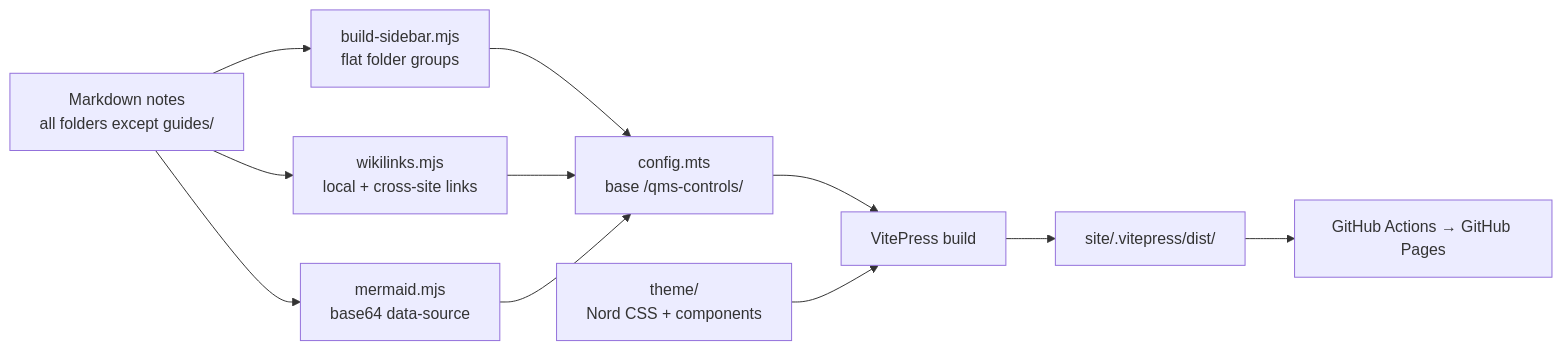
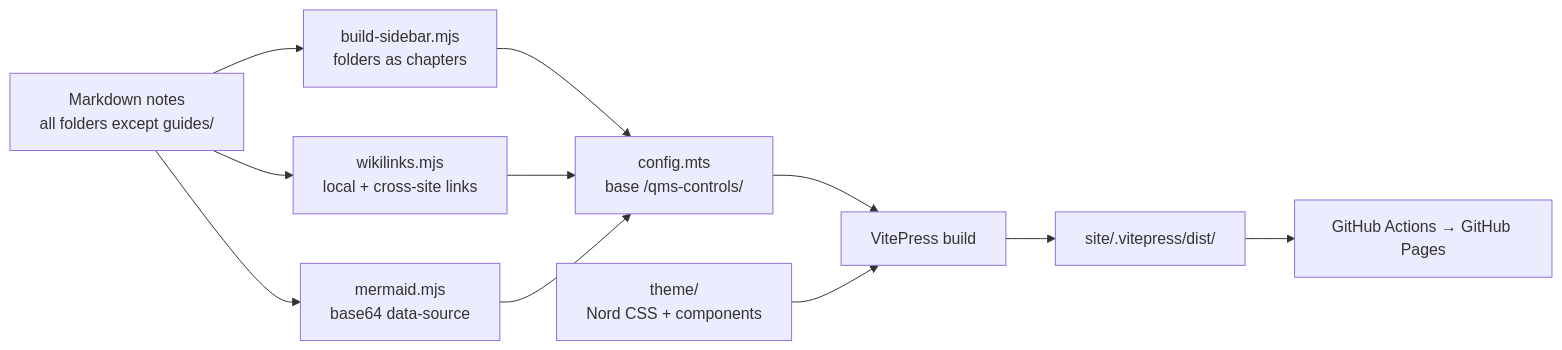
Before and after one commit to jetra360/qms-controls: the diagram in vault/DEVELOPMENT.md, drawn with Mermaid. The commit also changed other lines of this file and 5 other files, not shown here.

````diff
--- a/vault/DEVELOPMENT.md
+++ b/vault/DEVELOPMENT.md
@@ -16,13 +16,13 @@
 ```mermaid wide
 flowchart LR
-  N["Markdown notes<br/>all folders except guides/"] --> S["build-sidebar.mjs<br/>flat folder groups"]
+  N["Markdown notes<br/>all folders except guides/"] --> S["build-sidebar.mjs<br/>folders as chapters"]
   N --> W["wikilinks.mjs<br/>local + cross-site links"]
   N --> M["mermaid.mjs<br/>base64 data-source"]
   S --> C["config.mts<br/>base /qms-controls/"]
   W --> C
   M --> C
   C --> V["VitePress build"]
   T["theme/<br/>Nord CSS + components"] --> V
   V --> D["site/.vitepress/dist/"]
   D --> G["GitHub Actions → GitHub Pages"]
 ```
````
